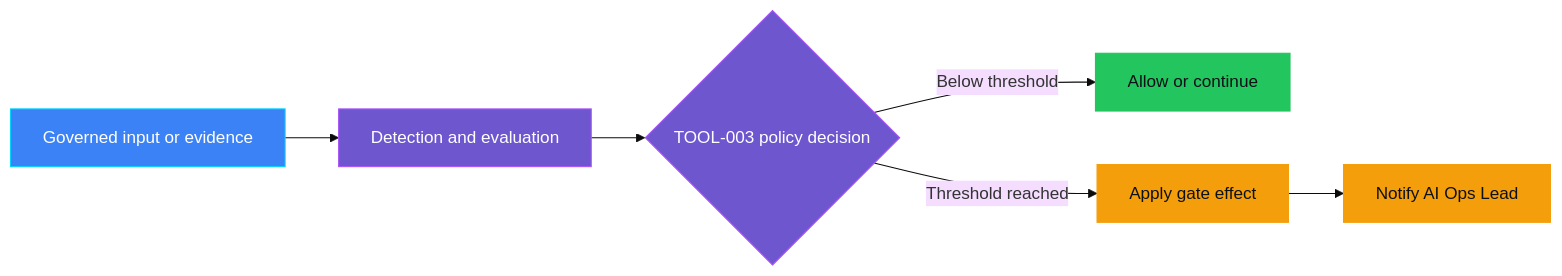
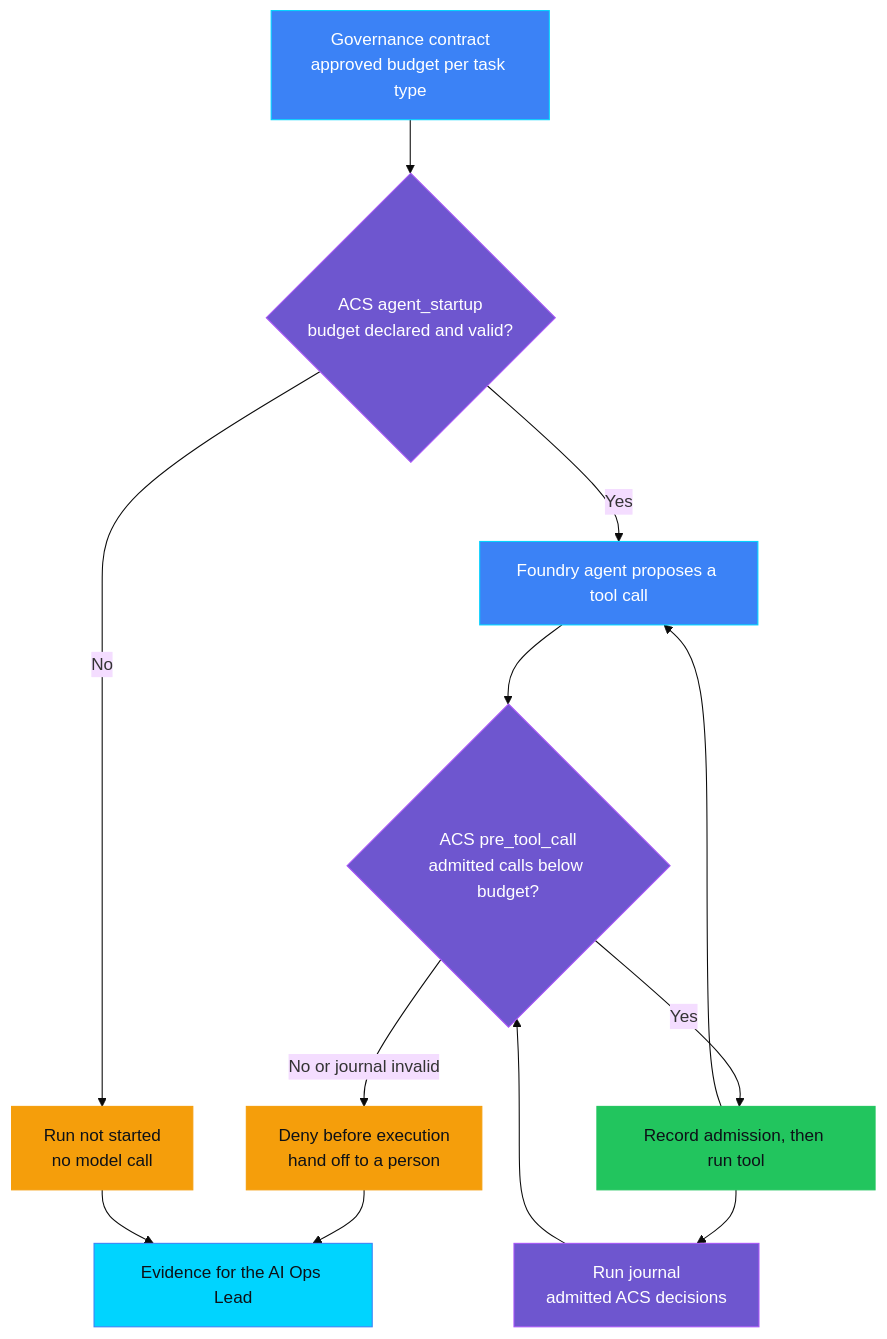
One commit to doruit/forged-with-foundry changed the first of 2 diagrams in controls/tool_governance/TOOL-003_excessive_tool_calls/README.md. Above: the diagram before and after it, drawn with Mermaid (base theme). The commit also changed other lines of this file and 106 other files, not shown here.

First line of the commit message:
feat: runaway agent kill switch bundle (TOOL-003, RUN-006, AUT-004)

````diff
--- a/controls/tool_governance/TOOL-003_excessive_tool_calls/README.md
+++ b/controls/tool_governance/TOOL-003_excessive_tool_calls/README.md
@@ -56,17 +142,25 @@
 ```mermaid
-flowchart LR
-    I[Governed input or evidence] --> D[Detection and evaluation]
-    D --> P{TOOL-003 policy decision}
-    P -->|Below threshold| A[Allow or continue]
-    P -->|Threshold reached| E[Apply gate effect]
-    E --> O[Notify AI Ops Lead]
+flowchart TB
+    C[Governance contract<br/>approved budget per task type] --> S{ACS agent_startup<br/>budget declared and valid?}
+    S -->|No| N[Run not started<br/>no model call]
+    S -->|Yes| M[Foundry agent proposes a tool call]
+    M --> P{ACS pre_tool_call<br/>admitted calls below budget?}
+    J[Run journal<br/>admitted ACS decisions] --> P
+    P -->|Yes| R[Record admission, then run tool]
+    R --> J
+    R --> M
+    P -->|No or journal invalid| H[Deny before execution<br/>hand off to a person]
+    H --> E[Evidence for the AI Ops Lead]
+    N --> E
 
     classDef governance fill:#6E56CF,stroke:#A855F7,color:#FFFFFF
     classDef platform fill:#3B82F6,stroke:#00D4FF,color:#FFFFFF
     classDef success fill:#22C55E,stroke:#22C55E,color:#0D1117
     classDef attention fill:#F59E0B,stroke:#F59E0B,color:#0D1117
-    class D,P governance
-    class I platform
-    class A success
-    class E,O attention
+    classDef evidence fill:#00D4FF,stroke:#3B82F6,color:#0D1117
+    class S,P,J governance
+    class C,M platform
+    class R success
+    class N,H attention
+    class E evidence
 ```
````
